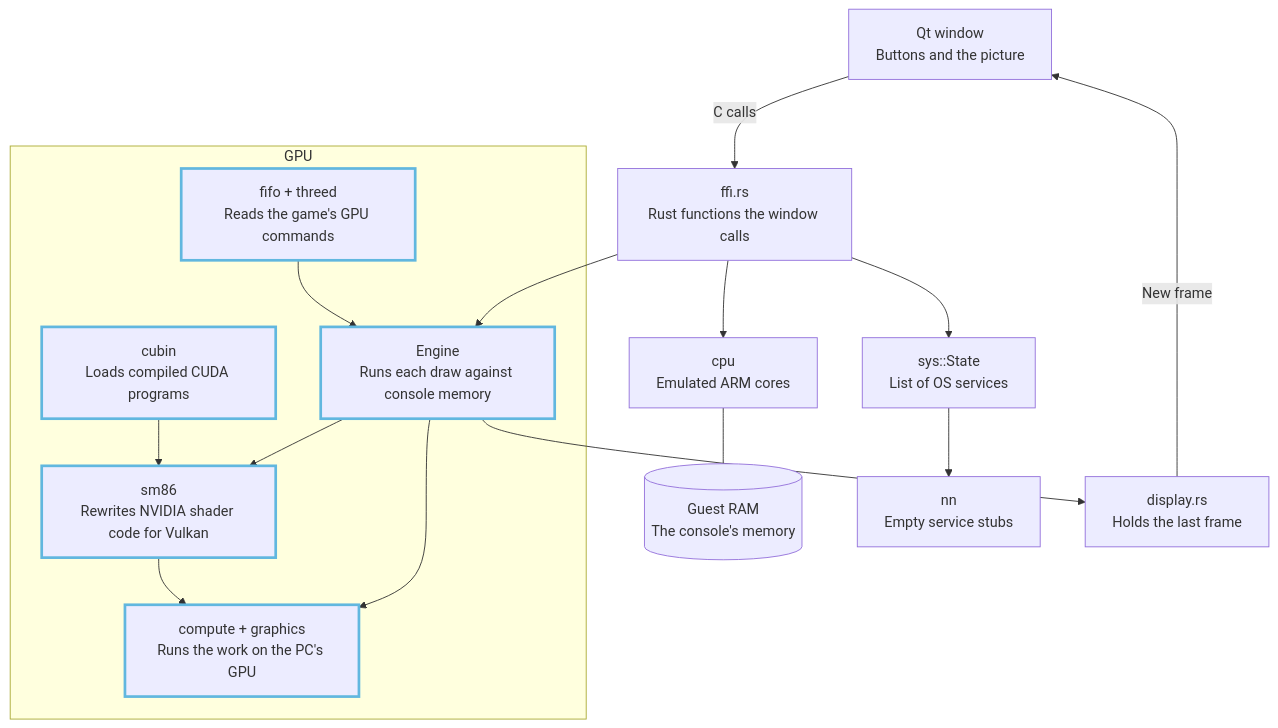
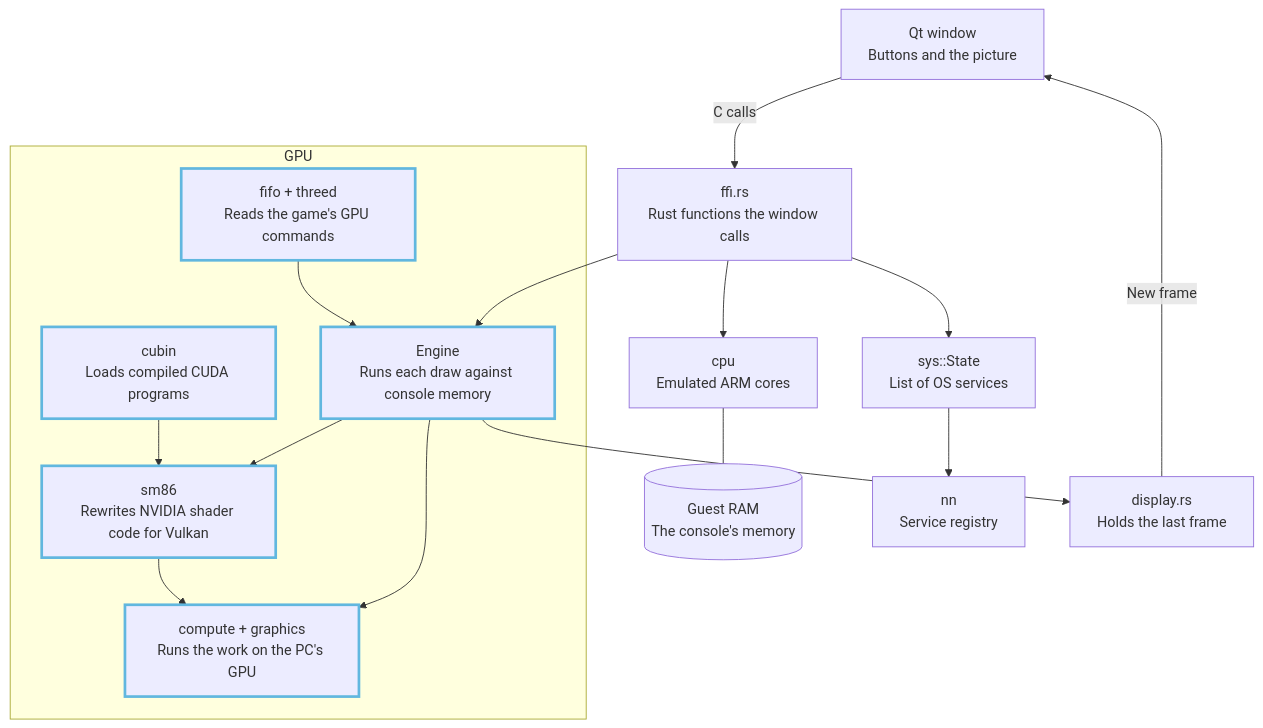
Before and after one commit to 0xNikilite/oboromi: the diagram in docs/architecture/README.md, drawn with Mermaid. The commit also changed other lines of this file and 11 other files, not shown here.

````diff
--- a/docs/architecture/README.md
+++ b/docs/architecture/README.md
@@ -5,20 +5,20 @@
 ```mermaid
 flowchart TB
     GUI["Qt window<br/>Buttons and the picture"] -->|"C calls"| FFI["ffi.rs<br/>Rust functions the window calls"]
     FFI --> SYS["sys::State<br/>List of OS services"]
     FFI --> CPU["cpu<br/>Emulated ARM cores"]
     CPU --- RAM[("Guest RAM<br/>The console's memory")]
-    SYS --> NN["nn<br/>Empty service stubs"]
+    SYS --> NN["nn<br/>Service registry"]
     FFI --> ENG
     subgraph GPU["GPU"]
         FIFO["fifo + threed<br/>Reads the game's GPU commands"] --> ENG["Engine<br/>Runs each draw against console memory"]
         ENG --> SASS["sm86<br/>Rewrites NVIDIA shader code for Vulkan"]
         ENG --> VK["compute + graphics<br/>Runs the work on the PC's GPU"]
         SASS --> VK
         CUDA["cubin<br/>Loads compiled CUDA programs"] --> SASS
     end
     ENG --> DISP["display.rs<br/>Holds the last frame"]
     DISP -->|"New frame"| GUI
     classDef gpu stroke:#61b7df,stroke-width:3px
     class FIFO,ENG,SASS,VK,CUDA gpu
 ```
````
